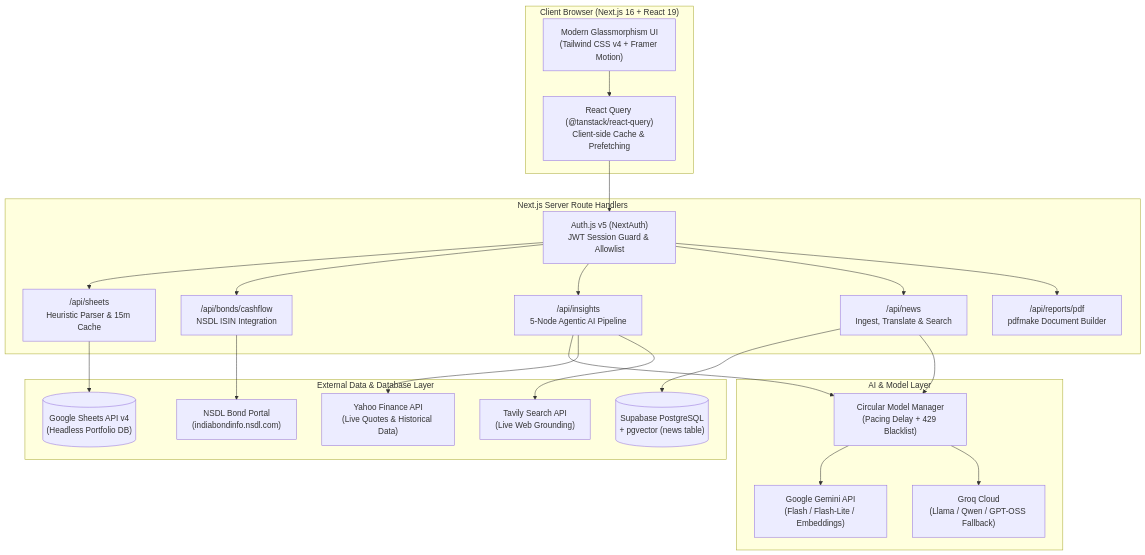
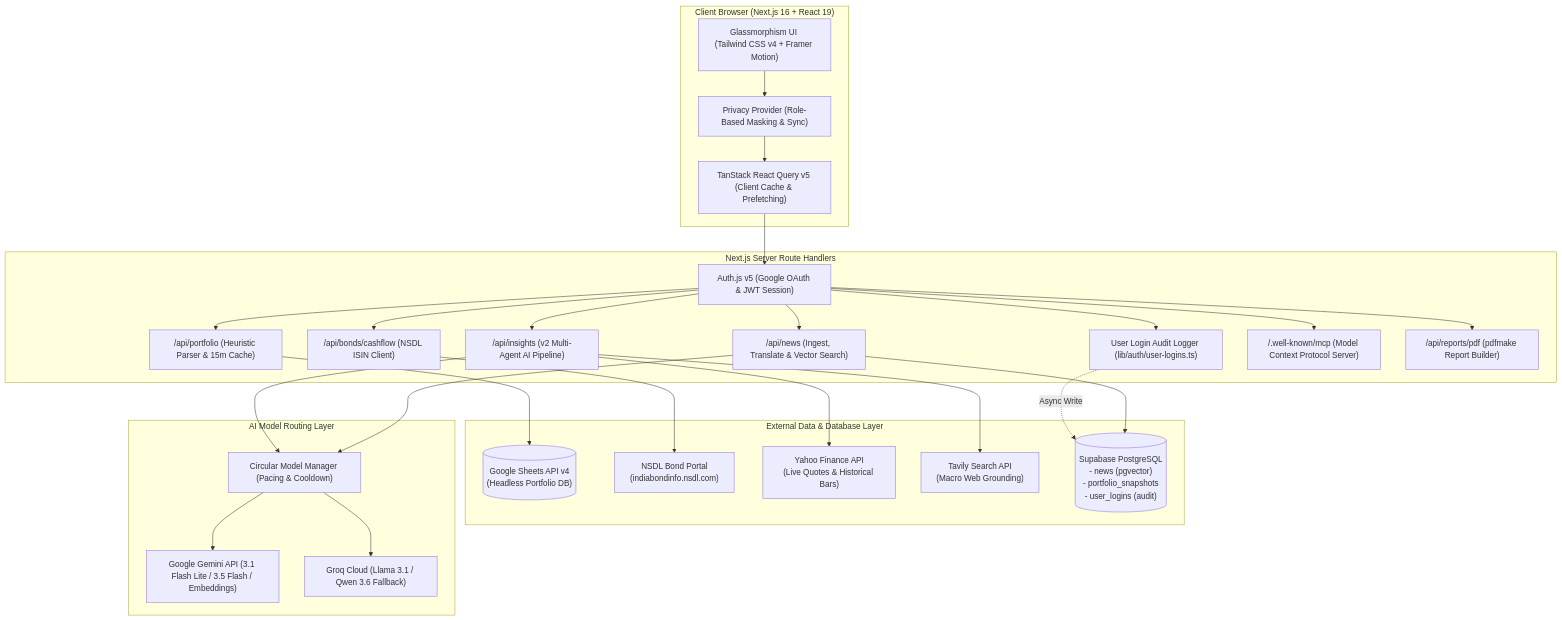
One commit to kishoreabc/Portfolio_Tracker changed the first of 3 diagrams in README.md. Above: the diagram before and after it, drawn with Mermaid. The commit also changed other lines of this file, not shown here.

````diff
--- a/README.md
+++ b/README.md
@@ -104,49 +114,56 @@
 ```mermaid
 flowchart TD
     subgraph Client["Client Browser (Next.js 16 + React 19)"]
-        UI["Modern Glassmorphism UI\n(Tailwind CSS v4 + Framer Motion)"]
-        RQ["React Query (@tanstack/react-query)\nClient-side Cache & Prefetching"]
+        UI["Glassmorphism UI (Tailwind CSS v4 + Framer Motion)"]
+        Privacy["Privacy Provider (Role-Based Masking & Sync)"]
+        RQ["TanStack React Query v5 (Client Cache & Prefetching)"]
     end
 
     subgraph API["Next.js Server Route Handlers"]
-        Auth["Auth.js v5 (NextAuth)\nJWT Session Guard & Allowlist"]
-        SheetsRoute["/api/sheets\nHeuristic Parser & 15m Cache"]
-        BondsRoute["/api/bonds/cashflow\nNSDL ISIN Integration"]
-        InsightsRoute["/api/insights\n5-Node Agentic AI Pipeline"]
-        NewsRoute["/api/news\nIngest, Translate & Search"]
-        ReportsRoute["/api/reports/pdf\npdfmake Document Builder"]
+        Auth["Auth.js v5 (Google OAuth & JWT Session)"]
+        Audit["User Login Audit Logger (lib/auth/user-logins.ts)"]
+        SheetsRoute["/api/portfolio (Heuristic Parser & 15m Cache)"]
+        BondsRoute["/api/bonds/cashflow (NSDL ISIN Client)"]
+        InsightsRoute["/api/insights (v2 Multi-Agent AI Pipeline)"]
+        NewsRoute["/api/news (Ingest, Translate & Vector Search)"]
+        MCPRoute["/.well-known/mcp (Model Context Protocol Server)"]
+        ReportsRoute["/api/reports/pdf (pdfmake Report Builder)"]
     end
 
-    subgraph DataSources["External Data & Database Layer"]
+    subgraph ExternalServices["External Data & Database Layer"]
         GSheets[("Google Sheets API v4\n(Headless Portfolio DB)")]
         NSDL["NSDL Bond Portal\n(indiabondinfo.nsdl.com)"]
-        Yahoo["Yahoo Finance API\n(Live Quotes & Historical Data)"]
-        Tavily["Tavily Search API\n(Live Web Grounding)"]
-        Supabase[("Supabase PostgreSQL\n+ pgvector (news table)")]
+        Yahoo["Yahoo Finance API\n(Live Quotes & Historical Bars)"]
+        Tavily["Tavily Search API\n(Macro Web Grounding)"]
+        Supabase[("Supabase PostgreSQL\n- news (pgvector)\n- portfolio_snapshots\n- user_logins (audit)")]
     end
 
-    subgraph LLMLayer["AI & Model Layer"]
-        ModelMgr["Circular Model Manager\n(Pacing Delay + 429 Blacklist)"]
-        Gemini["Google Gemini API\n(Flash / Flash-Lite / Embeddings)"]
-        Groq["Groq Cloud\n(Llama / Qwen / GPT-OSS Fallback)"]
+    subgraph LLMLayer["AI Model Routing Layer"]
+        ModelMgr["Circular Model Manager (Pacing & Cooldown)"]
+        Gemini["Google Gemini API (3.1 Flash Lite / 3.5 Flash / Embeddings)"]
+        Groq["Groq Cloud (Llama 3.1 / Qwen 3.6 Fallback)"]
     end
 
-    UI --> RQ
+    UI --> Privacy
+    Privacy --> RQ
     RQ --> Auth
+    Auth --> Audit
+    Audit -.->|Async Write| Supabase
     Auth --> SheetsRoute
     Auth --> BondsRoute
     Auth --> InsightsRoute
     Auth --> NewsRoute
     Auth --> ReportsRoute
+    Auth --> MCPRoute
 
     SheetsRoute --> GSheets
     BondsRoute --> NSDL
     InsightsRoute --> ModelMgr
     InsightsRoute --> Yahoo
     InsightsRoute --> Tavily
     NewsRoute --> Supabase
     NewsRoute --> ModelMgr
 
     ModelMgr --> Gemini
     ModelMgr --> Groq
 ```
````
